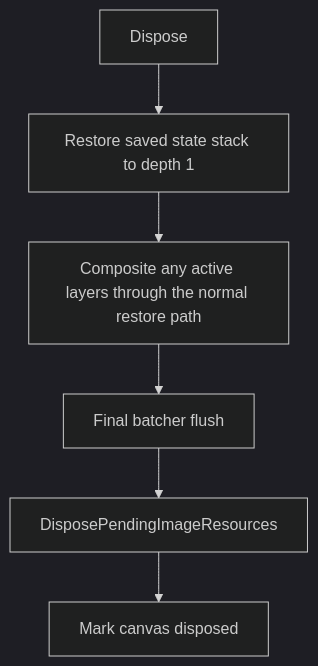
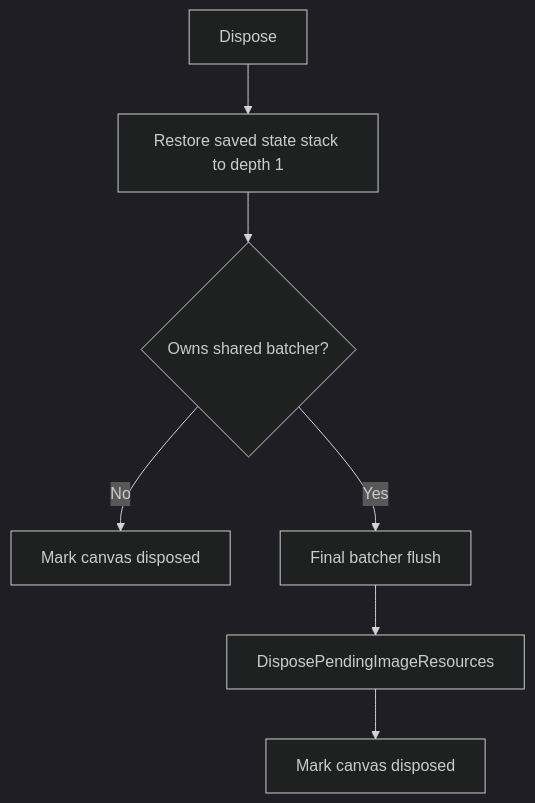
The fifth of 6 diagrams in src/ImageSharp.Drawing/Processing/DRAWING_CANVAS.md (SixLabors/ImageSharp.Drawing), drawn with Mermaid (dark theme) before and after one commit. The commit also changed other lines of this file and 29 other files, not shown here.

````diff
--- a/src/ImageSharp.Drawing/Processing/DRAWING_CANVAS.md
+++ b/src/ImageSharp.Drawing/Processing/DRAWING_CANVAS.md
@@ -284,8 +284,9 @@
 ```mermaid
 flowchart TD
     A[Dispose] --> B[Restore saved state stack to depth 1]
-    B --> C[Composite any active layers through the normal restore path]
-    C --> D[Final batcher flush]
-    D --> E[DisposePendingImageResources]
-    E --> F[Mark canvas disposed]
+    B --> C{Owns shared batcher?}
+    C -- No --> D[Mark canvas disposed]
+    C -- Yes --> E[Final batcher flush]
+    E --> F[DisposePendingImageResources]
+    F --> G[Mark canvas disposed]
 ```
````
